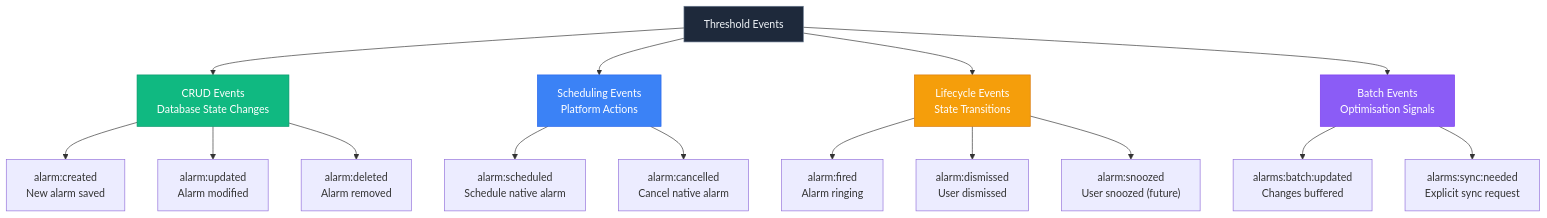
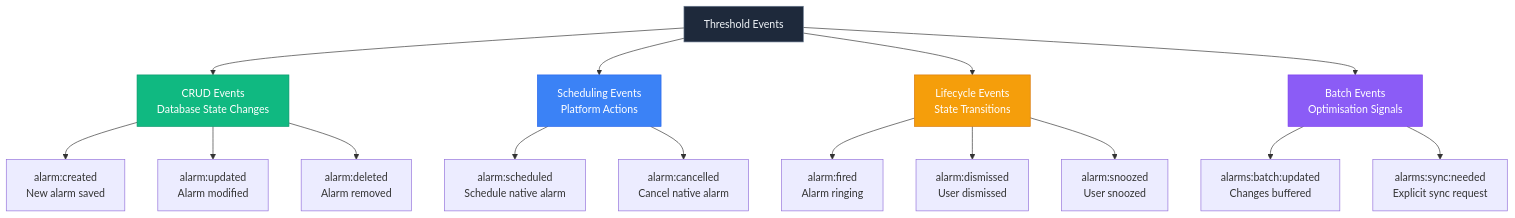
One commit to liminal-hq/threshold changed the first of 2 diagrams in docs/architecture/event-architecture.md. Above: the diagram before and after it, drawn with Mermaid. The commit also changed other lines of this file and 2 other files, not shown here.

First line of the commit message:
docs: bring event-architecture, CLAUDE.md, and wear-sync docs up to date

````diff
--- a/docs/architecture/event-architecture.md
+++ b/docs/architecture/event-architecture.md
@@ -1378,29 +1415,29 @@
 ```mermaid
 graph TB
     Events[Threshold Events]
 
     Events --> CRUD[CRUD Events<br/>Database State Changes]
     Events --> Sched[Scheduling Events<br/>Platform Actions]
     Events --> Life[Lifecycle Events<br/>State Transitions]
     Events --> Batch[Batch Events<br/>Optimisation Signals]
 
     CRUD --> Created["alarm:created<br/>New alarm saved"]
     CRUD --> Updated["alarm:updated<br/>Alarm modified"]
     CRUD --> Deleted["alarm:deleted<br/>Alarm removed"]
 
     Sched --> Scheduled["alarm:scheduled<br/>Schedule native alarm"]
     Sched --> Cancelled["alarm:cancelled<br/>Cancel native alarm"]
 
     Life --> Fired["alarm:fired<br/>Alarm ringing"]
     Life --> Dismissed["alarm:dismissed<br/>User dismissed"]
-    Life --> Snoozed["alarm:snoozed<br/>User snoozed (future)"]
+    Life --> Snoozed["alarm:snoozed<br/>User snoozed"]
 
     Batch --> BatchUpdate["alarms:batch:updated<br/>Changes buffered"]
     Batch --> SyncNeeded["alarms:sync:needed<br/>Explicit sync request"]
 
     style Events fill:#1e293b,stroke:#64748b,color:#f1f5f9
     style CRUD fill:#10b981,stroke:#059669,color:#ffffff
     style Sched fill:#3b82f6,stroke:#2563eb,color:#ffffff
     style Life fill:#f59e0b,stroke:#d97706,color:#ffffff
     style Batch fill:#8b5cf6,stroke:#7c3aed,color:#ffffff
 ```
````
